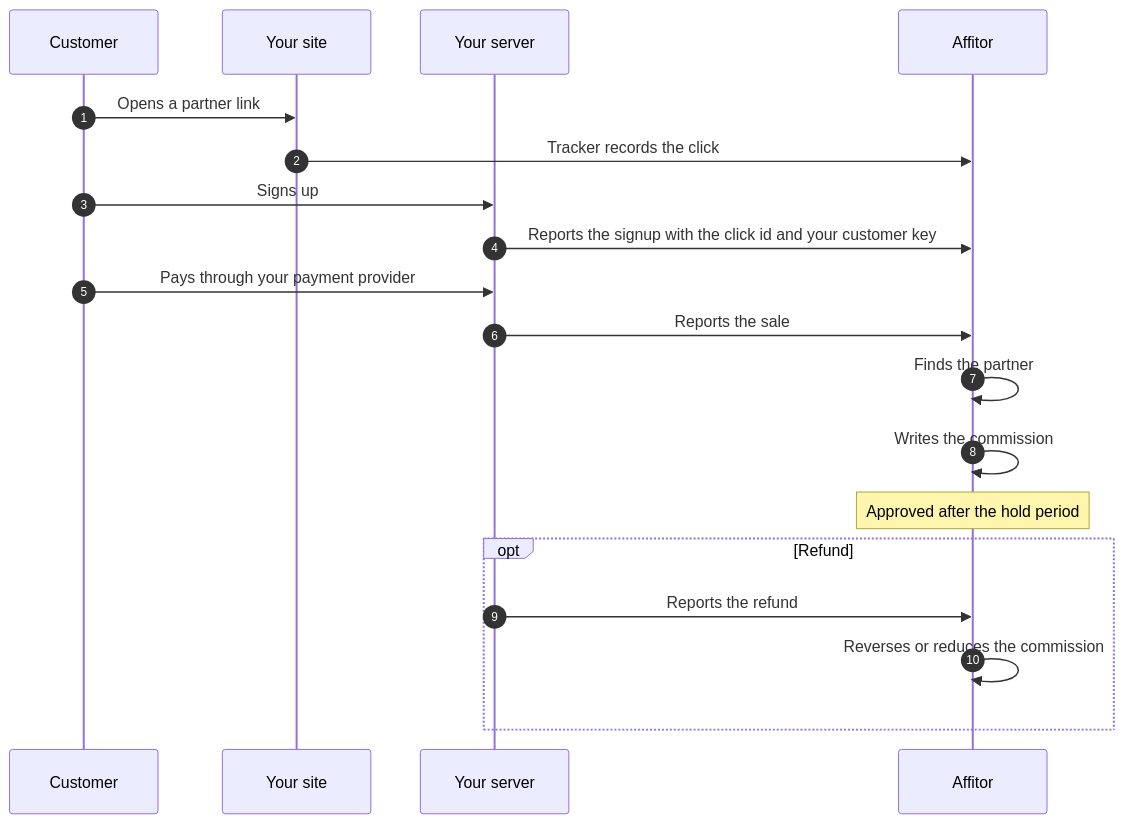
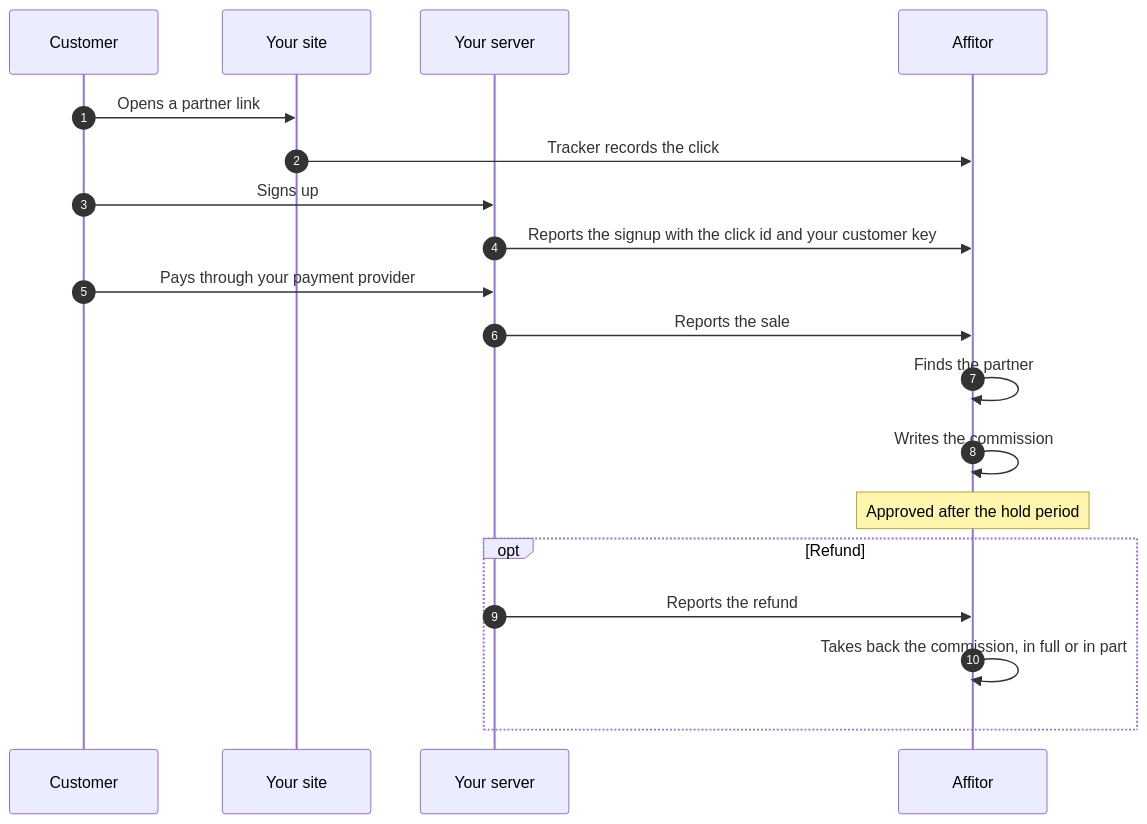
One commit to Affitor/affitor-docs changed the diagram in content/docs/use-cases/any-payment-provider.mdx. Above: the diagram before and after it, drawn with Mermaid. The commit also changed other lines of this file, not shown here.

````diff
--- a/content/docs/use-cases/any-payment-provider.mdx
+++ b/content/docs/use-cases/any-payment-provider.mdx
@@ -11,21 +11,21 @@
 ```mermaid
 sequenceDiagram
   autonumber
   participant C as Customer
   participant W as Your site
   participant B as Your server
   participant A as Affitor
   C->>W: Opens a partner link
   W->>A: Tracker records the click
   C->>B: Signs up
   B->>A: Reports the signup with the click id and your customer key
   C->>B: Pays through your payment provider
   B->>A: Reports the sale
   A->>A: Finds the partner
   A->>A: Writes the commission
   Note over A: Approved after the hold period
   opt Refund
     B->>A: Reports the refund
-    A->>A: Reverses or reduces the commission
+    A->>A: Takes back the commission, in full or in part
   end
 ```
````
